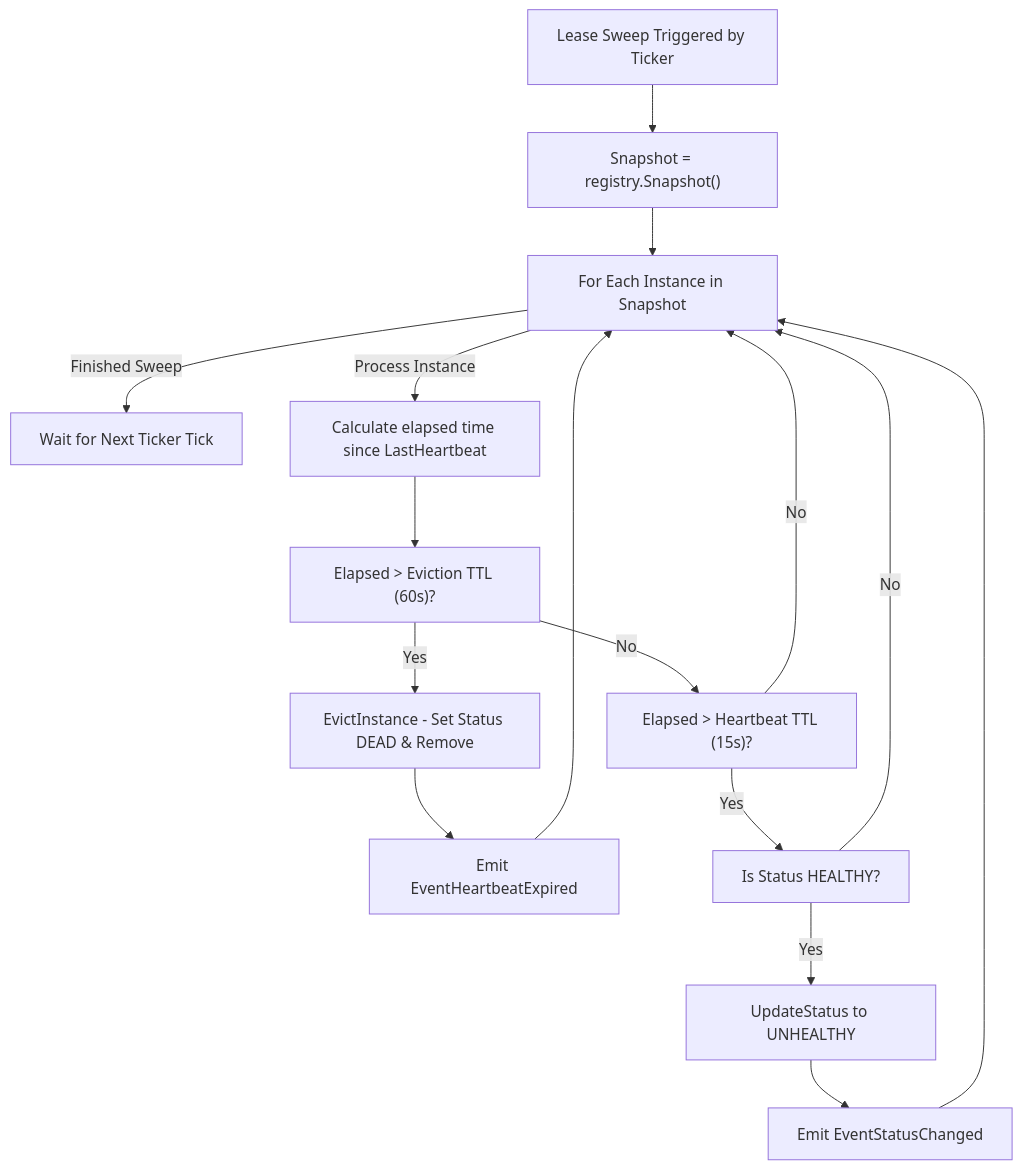
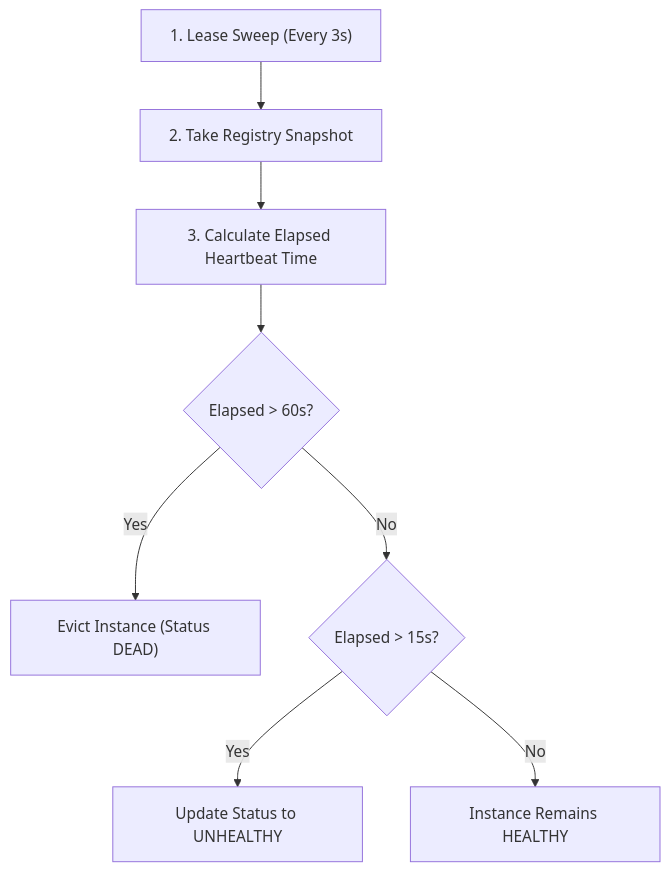
One commit to Chief-Strategist-J/llm-obs-infra changed the fourth of 6 diagrams in docs/architectureDoc/adr-0009-service-registry-and-discovery.md. Above: the diagram before and after it, drawn with Mermaid. The commit also changed other lines of this file and 15 other files, not shown here.

````diff
--- a/docs/architectureDoc/adr-0009-service-registry-and-discovery.md
+++ b/docs/architectureDoc/adr-0009-service-registry-and-discovery.md
@@ -363,20 +354,10 @@
 ```mermaid
 graph TD
-    Start["Lease Sweep Triggered by Ticker"] --> TakeSnapshot["Snapshot = registry.Snapshot()"]
-    TakeSnapshot --> LoopInstances["For Each Instance in Snapshot"]
-    
-    LoopInstances -->|"Finished Sweep"| End["Wait for Next Ticker Tick"]
-    LoopInstances -->|"Process Instance"| CalcElapsed["Calculate elapsed time since LastHeartbeat"]
-    
-    CalcElapsed --> CheckEviction["Elapsed > Eviction TTL (60s)?"]
-    CheckEviction -->|"Yes"| Evict["EvictInstance - Set Status DEAD & Remove"]
-    Evict --> EmitEvictEvent["Emit EventHeartbeatExpired"] --> LoopInstances
-    
-    CheckEviction -->|"No"| CheckTTL["Elapsed > Heartbeat TTL (15s)?"]
-    CheckTTL -->|"Yes"| CheckHealthy["Is Status HEALTHY?"]
-    CheckHealthy -->|"Yes"| MarkUnhealthy["UpdateStatus to UNHEALTHY"]
-    MarkUnhealthy --> EmitStatusEvent["Emit EventStatusChanged"] --> LoopInstances
-    CheckHealthy -->|"No"| LoopInstances
-    
-    CheckTTL -->|"No"| LoopInstances
+    A["1. Lease Sweep (Every 3s)"] --> B["2. Take Registry Snapshot"]
+    B --> C["3. Calculate Elapsed Heartbeat Time"]
+    C --> D{"Elapsed > 60s?"}
+    D -->|Yes| E["Evict Instance (Status DEAD)"]
+    D -->|No| F{"Elapsed > 15s?"}
+    F -->|Yes| G["Update Status to UNHEALTHY"]
+    F -->|No| H["Instance Remains HEALTHY"]
 ```
````
